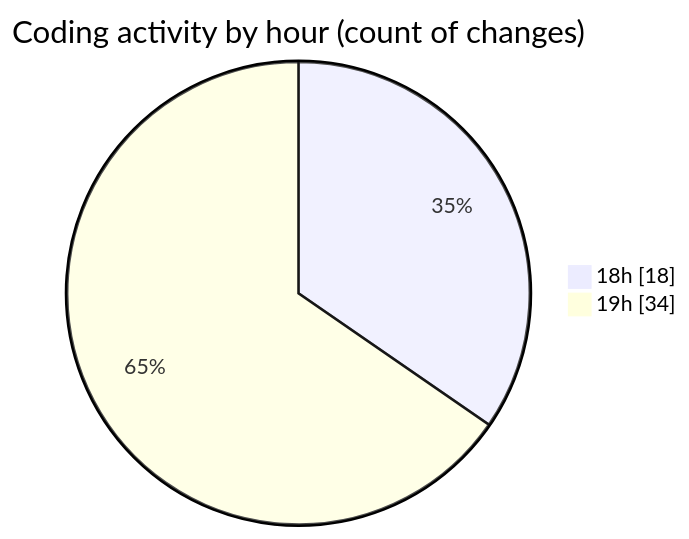
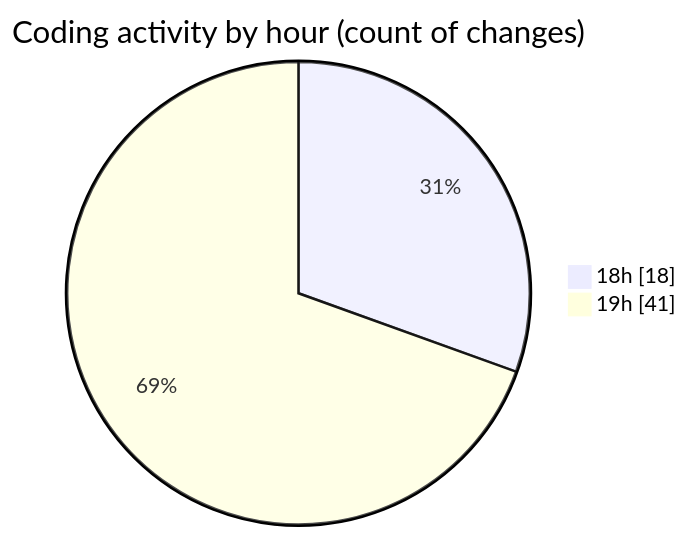
The second of 2 diagrams in 2025-01-03/my-code-activity-ext/README.md (ernivani/code-tracking), drawn with Mermaid before and after one commit. The commit also changed other lines of this file and 6 other files, not shown here.

````diff
--- a/2025-01-03/my-code-activity-ext/README.md
+++ b/2025-01-03/my-code-activity-ext/README.md
@@ -41,6 +42,6 @@
 ```mermaid
 pie showData
 title Coding activity by hour (count of changes)
 "18h" : 18
-"19h" : 34
+"19h" : 41
 ```
````
